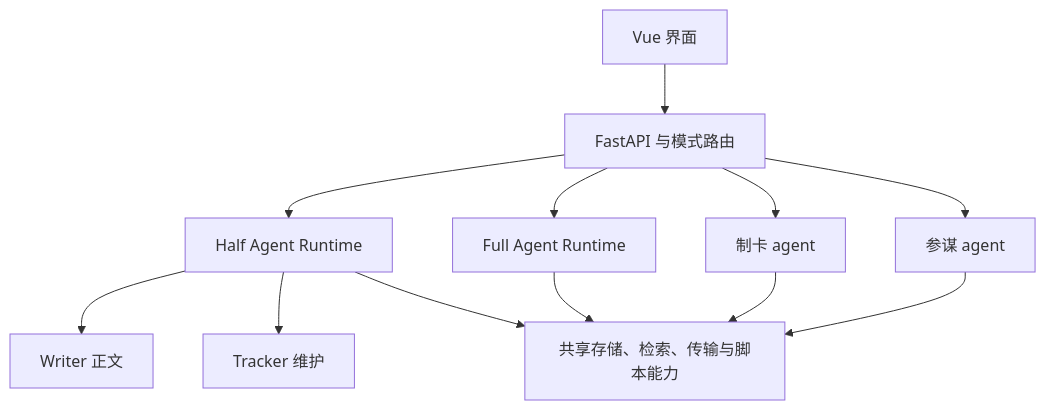
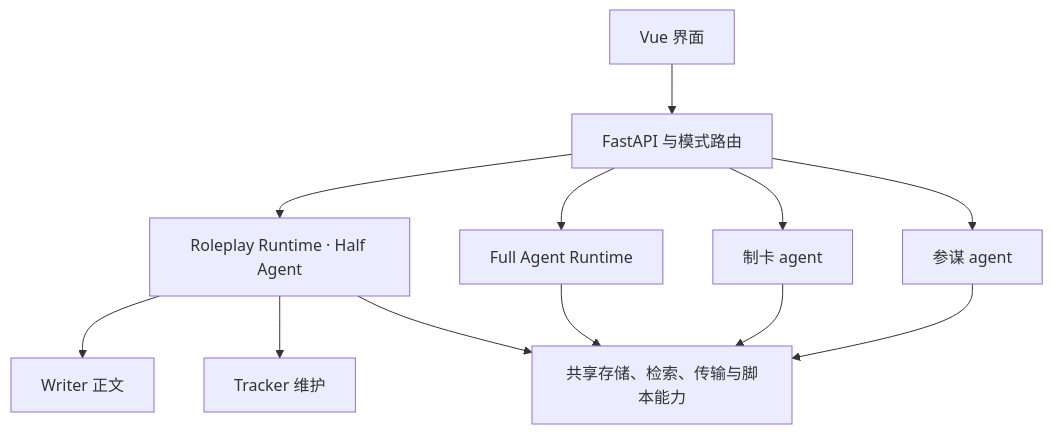
One commit to illuminatedworm/terrarium-tavern changed the diagram in docs/design/architecture.md. Above: the diagram before and after it, drawn with Mermaid. The commit also changed other lines of this file and 395 other files, not shown here.

````diff
--- a/docs/design/architecture.md
+++ b/docs/design/architecture.md
@@ -5,14 +5,14 @@
 ```mermaid
 flowchart TD
     UI[Vue 界面] --> API[FastAPI 与模式路由]
-    API --> HALF[Half Agent Runtime]
+    API --> HALF[Roleplay Runtime · Half Agent]
     API --> FULL[Full Agent Runtime]
     API --> EDIT[制卡 agent]
     API --> ADVISOR[参谋 agent]
     HALF --> WRITER[Writer 正文]
     HALF --> TRACKER[Tracker 维护]
     HALF --> SHARED[共享存储、检索、传输与脚本能力]
     FULL --> SHARED
     EDIT --> SHARED
     ADVISOR --> SHARED
 ```
````
